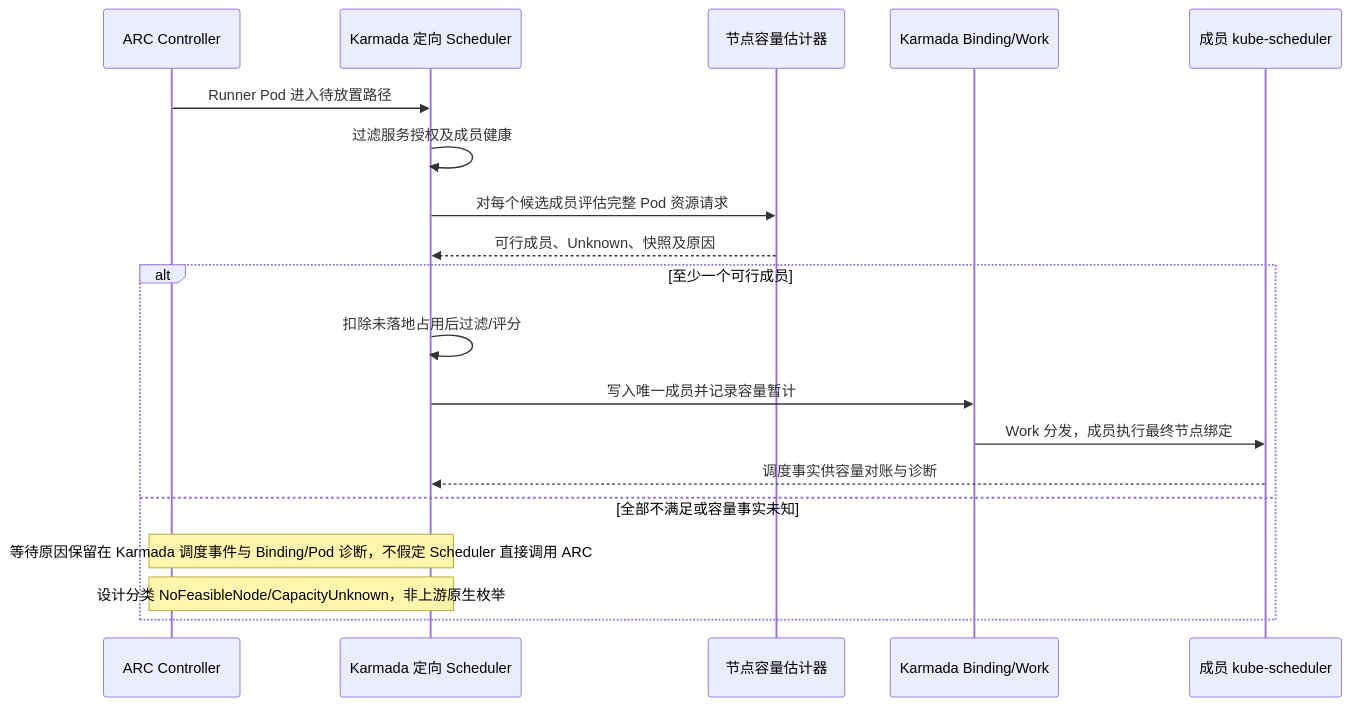
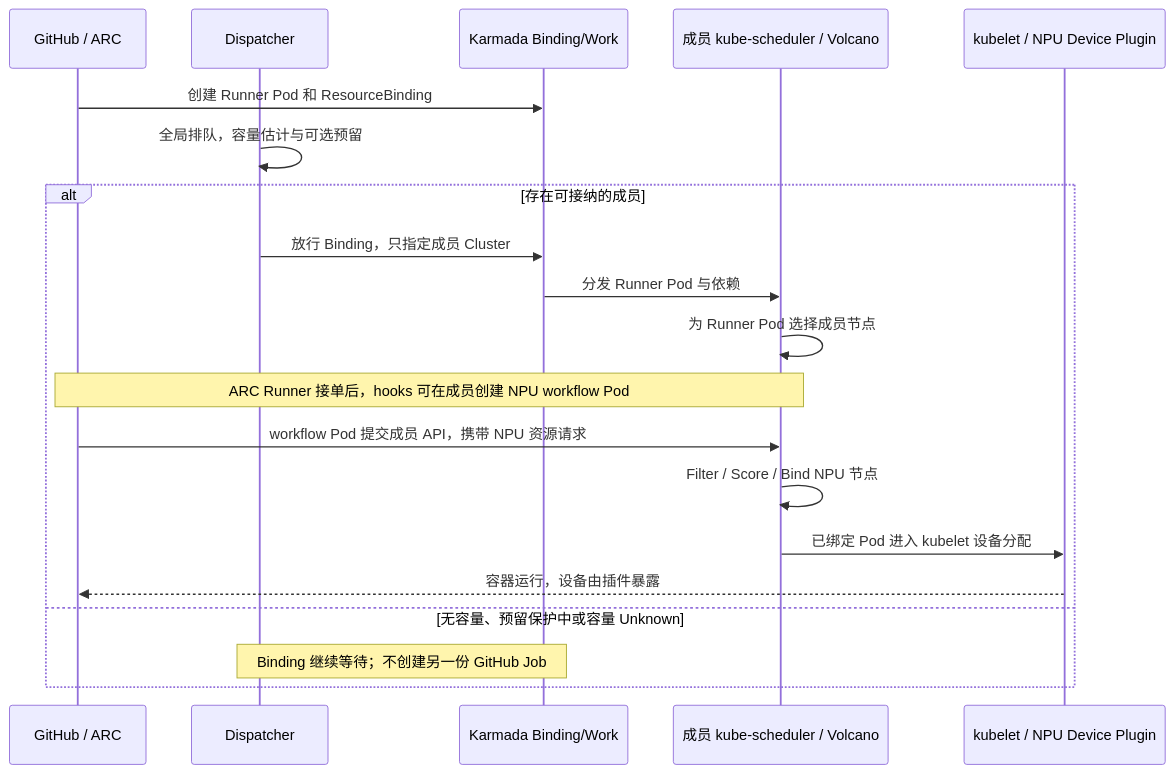
The third of 14 diagrams in docs/ASCEND-CI-FEDERATED-CLUSTER-FUNCTIONAL-DESIGN.md (pkking/arc-karmada-test), drawn with Mermaid before and after one commit. The commit also changed other lines of this file, not shown here.

First line of the commit message:
docs: 明确 Dispatcher 选择成员与成员 NPU 节点调度职责

````diff
--- a/docs/ASCEND-CI-FEDERATED-CLUSTER-FUNCTIONAL-DESIGN.md
+++ b/docs/ASCEND-CI-FEDERATED-CLUSTER-FUNCTIONAL-DESIGN.md
@@ -546,21 +540,22 @@
 ```mermaid
 sequenceDiagram
-    participant ARC as ARC Controller
-    participant KS as Karmada 定向 Scheduler
-    participant EST as 节点容量估计器
-    participant B as Karmada Binding/Work
-    participant M as 成员 kube-scheduler
-    ARC->>KS: Runner Pod 进入待放置路径
-    KS->>KS: 过滤服务授权及成员健康
-    KS->>EST: 对每个候选成员评估完整 Pod 资源请求
-    EST-->>KS: 可行成员、Unknown、快照及原因
-    alt 至少一个可行成员
-        KS->>KS: 扣除未落地占用后过滤/评分
-        KS->>B: 写入唯一成员并记录容量暂计
-        B->>M: Work 分发，成员执行最终节点绑定
-        M-->>KS: 调度事实供容量对账与诊断
-    else 全部不满足或容量事实未知
-        Note over KS,ARC: 等待原因保留在 Karmada 调度事件与 Binding/Pod 诊断，不假定 Scheduler 直接调用 ARC
-        Note over ARC,KS: 设计分类 NoFeasibleNode/CapacityUnknown，非上游原生枚举
+    participant GH as GitHub / ARC
+    participant D as Dispatcher
+    participant K as Karmada Binding/Work
+    participant MS as 成员 kube-scheduler / Volcano
+    participant KLT as kubelet / NPU Device Plugin
+    GH->>K: 创建 Runner Pod 和 ResourceBinding
+    D->>D: 全局排队，容量估计与可选预留
+    alt 存在可接纳的成员
+        D->>K: 放行 Binding，只指定成员 Cluster
+        K->>MS: 分发 Runner Pod 与依赖
+        MS->>MS: 为 Runner Pod 选择成员节点
+        Note over MS,GH: ARC Runner 接单后，hooks 可在成员创建 NPU workflow Pod
+        GH->>MS: workflow Pod 提交成员 API，携带 NPU 资源请求
+        MS->>MS: Filter / Score / Bind NPU 节点
+        MS->>KLT: 已绑定 Pod 进入 kubelet 设备分配
+        KLT-->>GH: 容器运行，设备由插件暴露
+    else 无容量、预留保护中或容量 Unknown
+        Note over D,K: Binding 继续等待；不创建另一份 GitHub Job
     end
 ```
````
